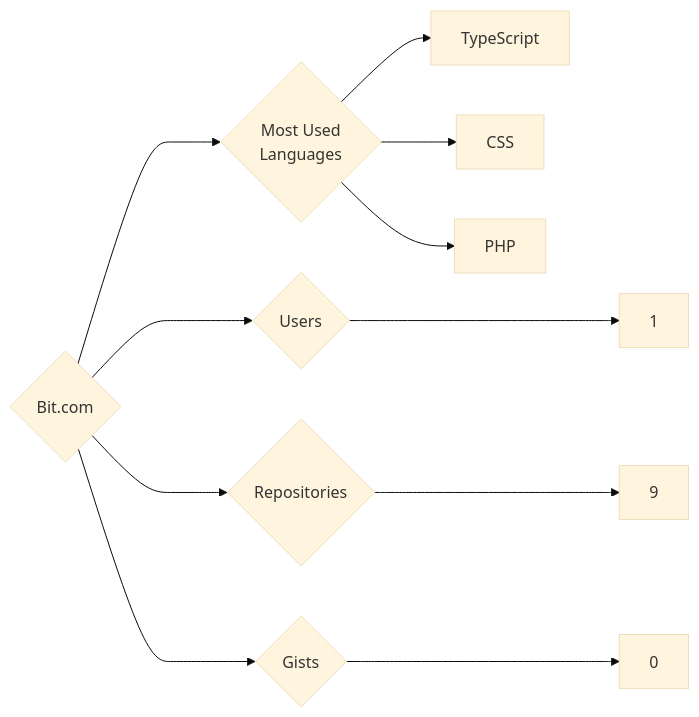
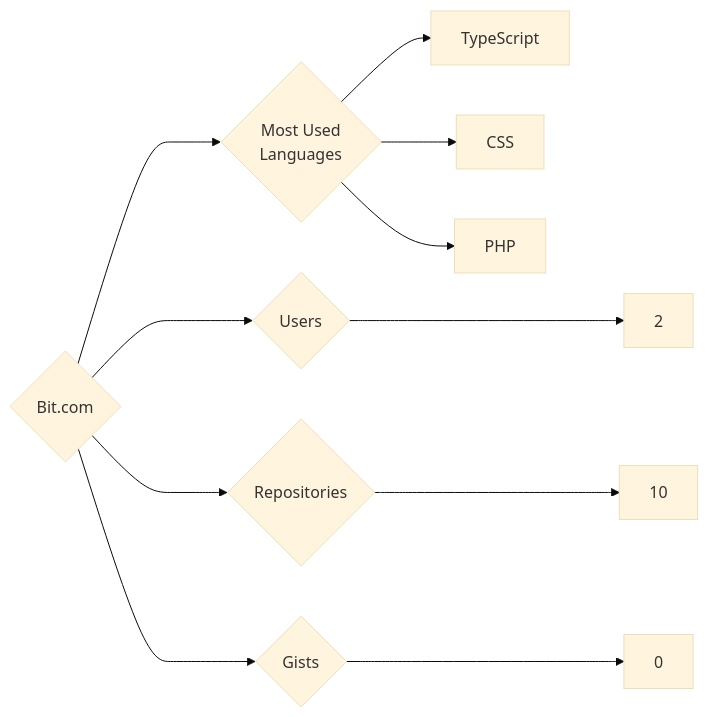
Before and after one commit to trickest/insiders: the diagram in targets/Bit.com/README.md, drawn with Mermaid (base theme). The commit also changed 1030 other files, not shown here.

````diff
--- a/targets/Bit.com/README.md
+++ b/targets/Bit.com/README.md
@@ -3,11 +3,11 @@
 ```mermaid
 graph LR
 COMPANY_NAME{Bit.com}
-COMPANY_NAME ---> U{Users} ---> UN[1]
-COMPANY_NAME ---> R{Repositories} ---> RN[9]
+COMPANY_NAME ---> U{Users} ---> UN[2]
+COMPANY_NAME ---> R{Repositories} ---> RN[10]
 COMPANY_NAME ---> G{Gists} ---> GN[0]
 COMPANY_NAME ---> ML{Most Used<br>Languages}
 ML --> TypeScript[TypeScript]
 ML --> CSS[CSS]
 ML --> PHP[PHP]
 ```
````
